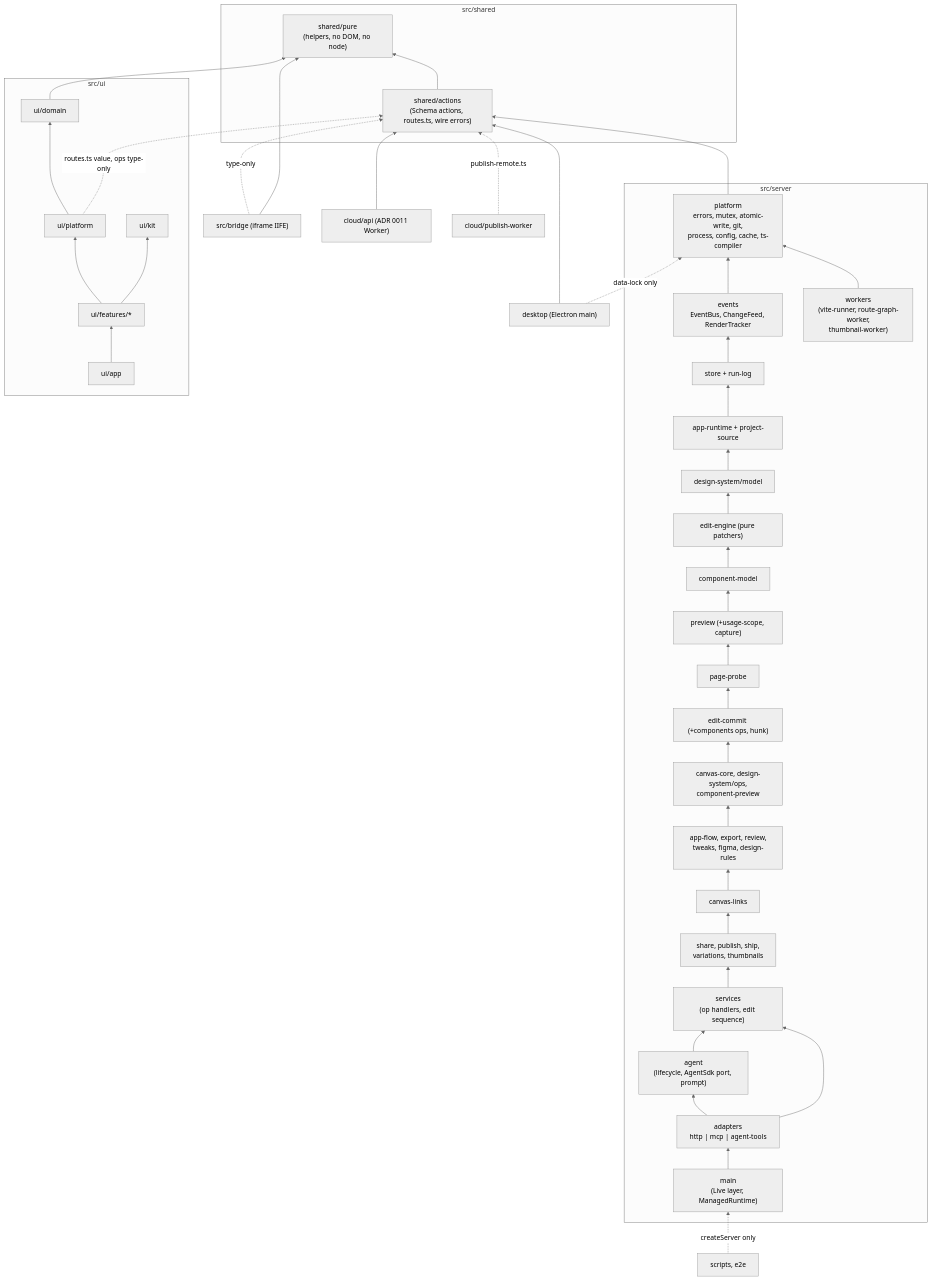
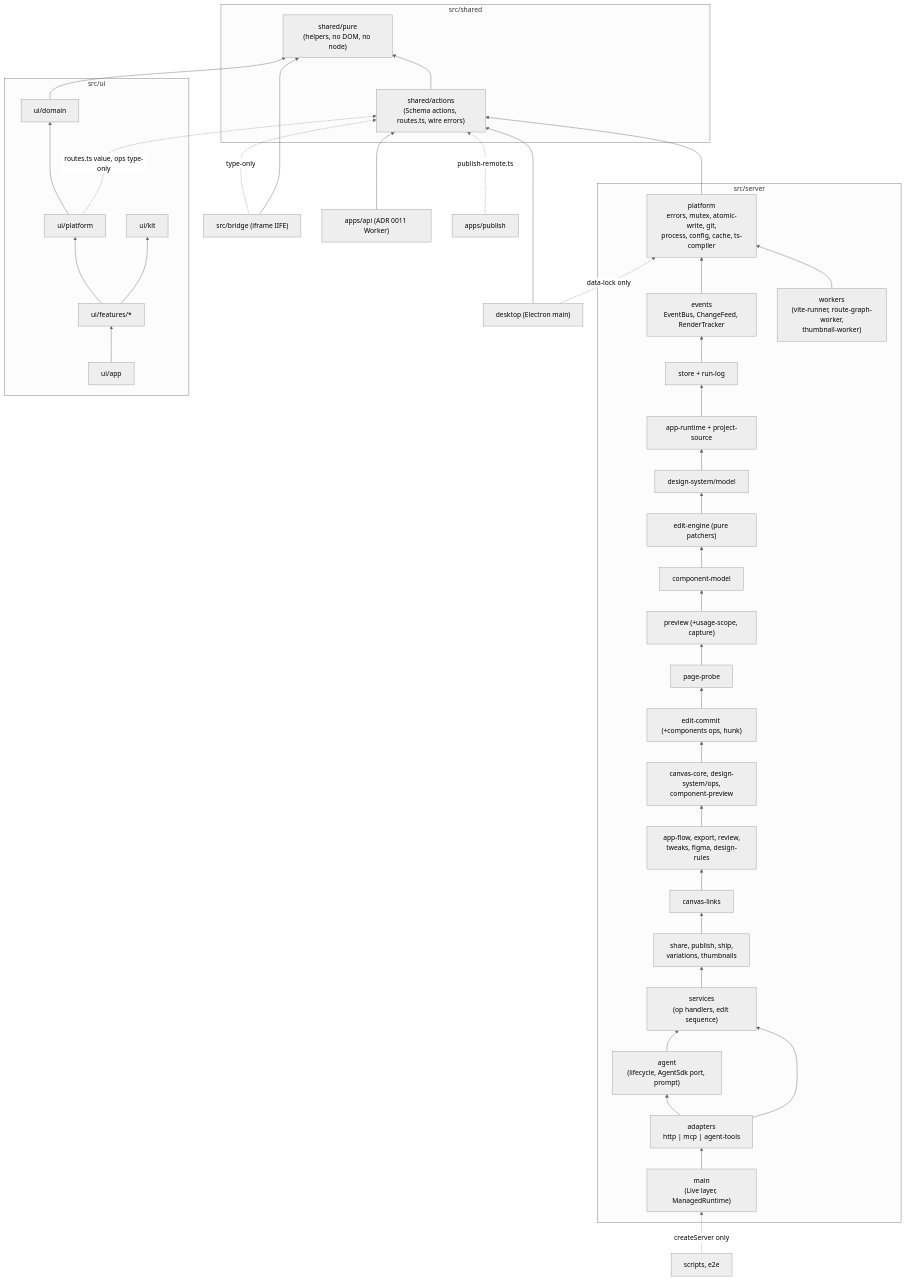
The diagram in docs/adr/0010-effect-and-enforced-layers.md (Tbsheff/design-studio), drawn with Mermaid (neutral theme) before and after one commit. The commit also changed 131 other files, not shown here.

````diff
--- a/docs/adr/0010-effect-and-enforced-layers.md
+++ b/docs/adr/0010-effect-and-enforced-layers.md
@@ -61,79 +61,79 @@
 ```mermaid
 flowchart BT
   subgraph shared["src/shared"]
     pure["shared/pure<br/>(helpers, no DOM, no node)"]
     contract["shared/actions<br/>(Schema actions, routes.ts, wire errors)"]
     contract --> pure
   end
 
   subgraph server["src/server"]
     platform["platform<br/>errors, mutex, atomic-write, git,<br/>process, config, cache, ts-compiler"]
     L1["events<br/>EventBus, ChangeFeed, RenderTracker"]
     L2["store + run-log"]
     L3["app-runtime + project-source"]
     L4["design-system/model"]
     L5["edit-engine (pure patchers)"]
     L6["component-model"]
     L7["preview (+usage-scope, capture)"]
     L8["page-probe"]
     L9["edit-commit (+components ops, hunk)"]
     L10["canvas-core, design-system/ops,<br/>component-preview"]
     L11["app-flow, export, review,<br/>tweaks, figma, design-rules"]
     L12["canvas-links"]
     L13["share, publish, ship,<br/>variations, thumbnails"]
     services["services<br/>(op handlers, edit sequence)"]
     agent["agent<br/>(lifecycle, AgentSdk port, prompt)"]
     adapters["adapters<br/>http | mcp | agent-tools"]
     main["main<br/>(Live layer, ManagedRuntime)"]
     workers["workers<br/>(vite-runner, route-graph-worker,<br/>thumbnail-worker)"]
 
     L1 --> platform
     L2 --> L1
     L3 --> L2
     L4 --> L3
     L5 --> L4
     L6 --> L5
     L7 --> L6
     L8 --> L7
     L9 --> L8
     L10 --> L9
     L11 --> L10
     L12 --> L11
     L13 --> L12
     services --> L13
     agent --> services
     adapters --> agent
     adapters --> services
     main --> adapters
     workers --> platform
   end
 
   subgraph ui["src/ui"]
     kit["ui/kit"]
     udomain["ui/domain"]
     uplatform["ui/platform"]
     features["ui/features/*"]
     app["ui/app"]
     uplatform --> udomain
     features --> uplatform
     features --> kit
     app --> features
   end
 
   bridge["src/bridge (iframe IIFE)"]
   desktop["desktop (Electron main)"]
   tooling["scripts, e2e"]
-  cloudapi["cloud/api (ADR 0011 Worker)"]
-  cloudpub["cloud/publish-worker"]
+  cloudapi["apps/api (ADR 0011 Worker)"]
+  cloudpub["apps/publish"]
 
   platform --> contract
   udomain --> pure
   uplatform -. "routes.ts value, ops type-only" .-> contract
   bridge -. "type-only" .-> contract
   bridge --> pure
   desktop --> contract
   desktop -. "data-lock only" .-> platform
   tooling -. "createServer only" .-> main
   cloudapi --> contract
   cloudpub -. "publish-remote.ts" .-> contract
 ```
````
